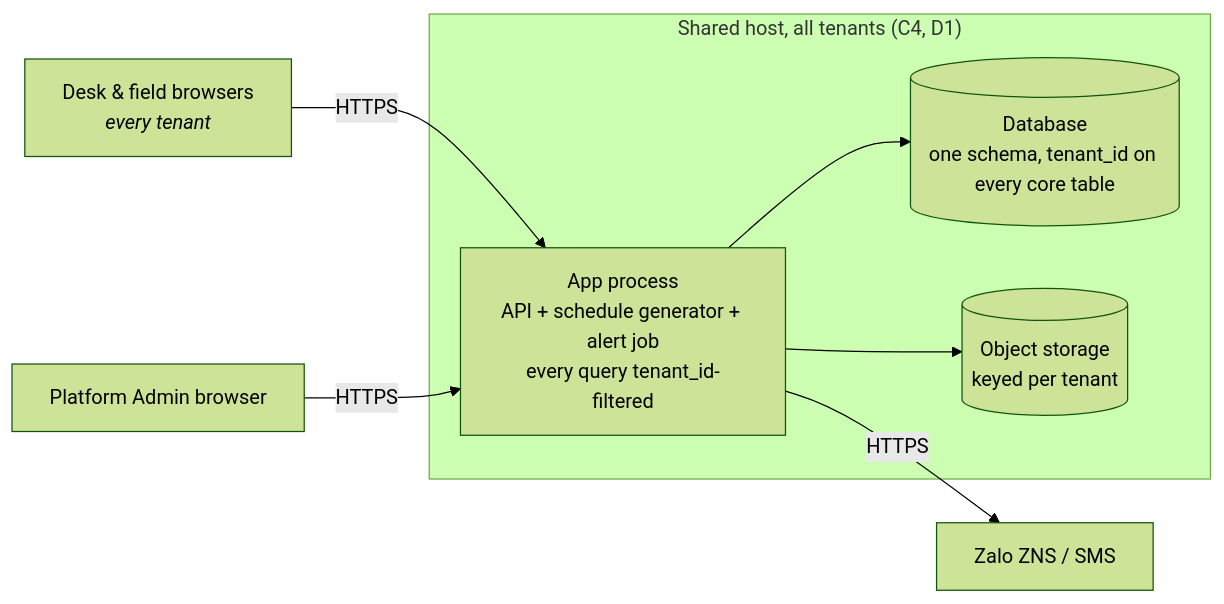
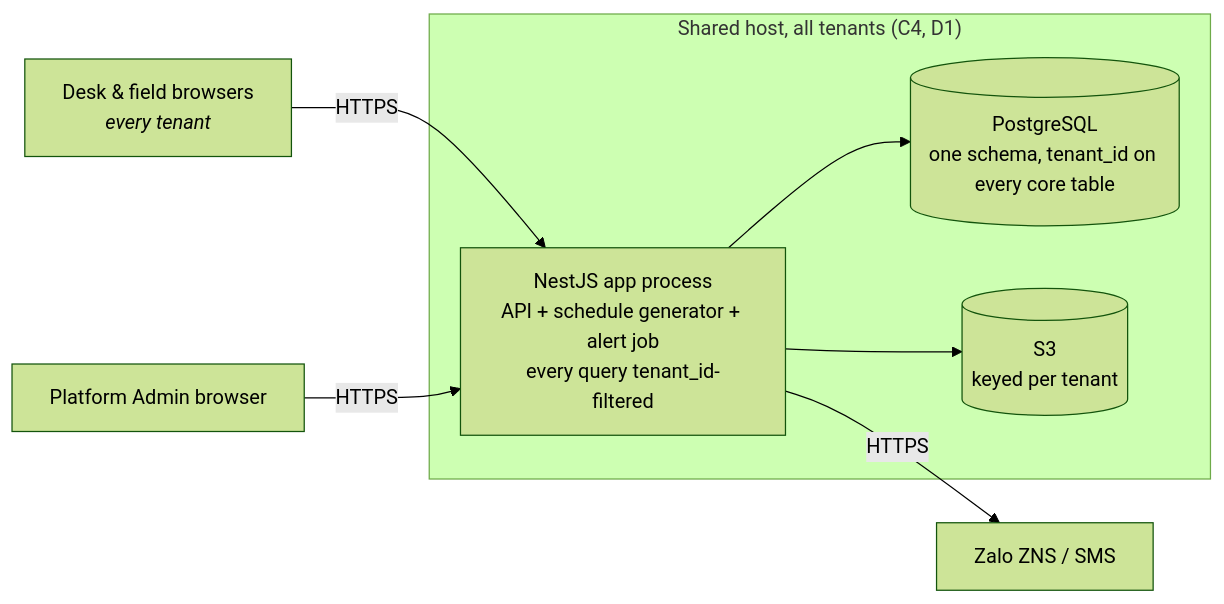
One commit to dDxCg/contrack changed the fourth of 4 diagrams in docs/03-architecture.md. Above: the diagram before and after it, drawn with Mermaid (forest theme). The commit also changed other lines of this file and 25 other files, not shown here.

Commit message:
resolve docs drift between erd, api and requirements, update repo layout. Fix employee hard delete to soft delete that match with requirements

````diff
--- a/docs/03-architecture.md
+++ b/docs/03-architecture.md
@@ -238,15 +231,15 @@
 ```mermaid
 flowchart LR
     client["Desk & field browsers<br/><i>every tenant</i>"] -->|HTTPS| app
     platformclient["Platform Admin browser"] -->|HTTPS| app
 
     subgraph host["Shared host, all tenants (C4, D1)"]
-        app["App process<br/>API + schedule generator + alert job<br/>every query tenant_id-filtered"]
-        db[("Database<br/>one schema, tenant_id on every core table")]
-        store[("Object storage<br/>keyed per tenant")]
+        app["NestJS app process<br/>API + schedule generator + alert job<br/>every query tenant_id-filtered"]
+        db[("PostgreSQL<br/>one schema, tenant_id on every core table")]
+        store[("S3<br/>keyed per tenant")]
     end
 
     app --> db
     app --> store
     app -->|HTTPS| zalo["Zalo ZNS / SMS"]
 ```
````
